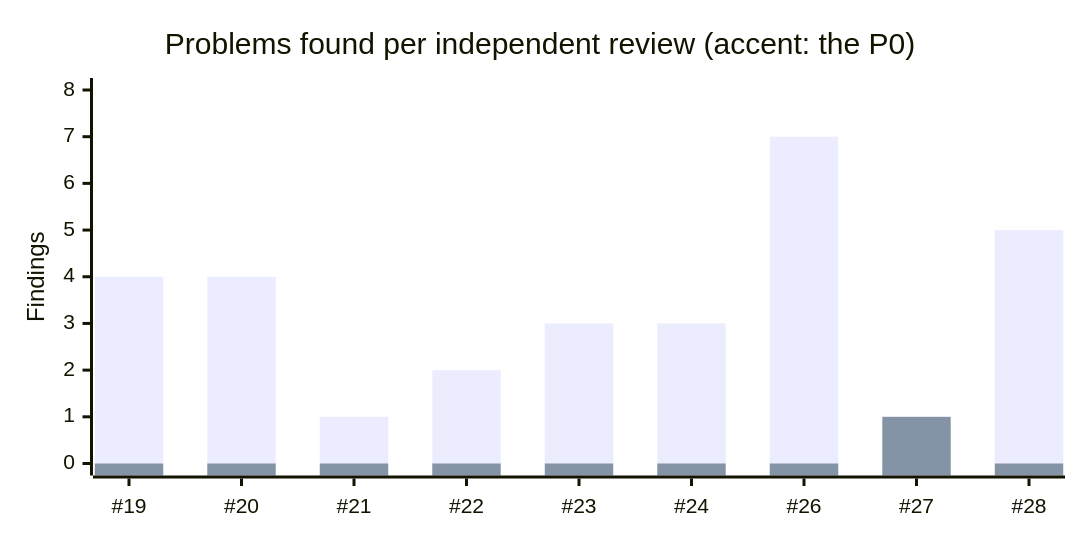
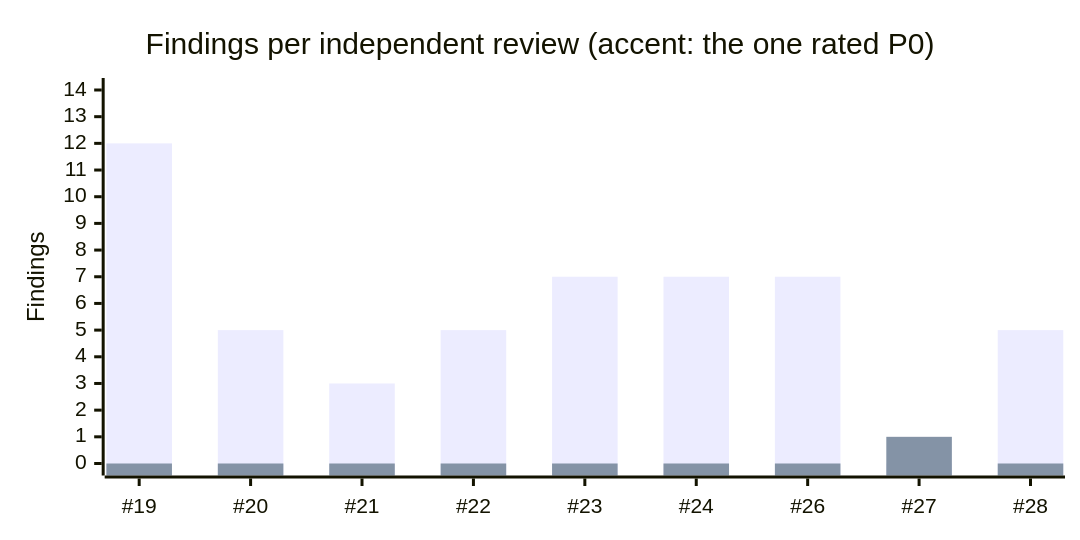
The fourth of 5 diagrams in apps/cms/src/bootstrap/articles/15-the-bot-who-asked-too-much.md (WhyThatFunction/ssegning-com), drawn with Mermaid before and after one commit. The commit also changed other lines of this file and 1 other file, not shown here.

````diff
--- a/apps/cms/src/bootstrap/articles/15-the-bot-who-asked-too-much.md
+++ b/apps/cms/src/bootstrap/articles/15-the-bot-who-asked-too-much.md
@@ -118,13 +120,13 @@
 ```mermaid
 ---
 config:
   xyChart:
     height: 340
 ---
 xychart-beta
-    title "Problems found per independent review (accent: the P0)"
+    title "Findings per independent review (accent: the one rated P0)"
     x-axis ["#19", "#20", "#21", "#22", "#23", "#24", "#26", "#27", "#28"]
-    y-axis "Findings" 0 --> 8
-    bar [4, 4, 1, 2, 3, 3, 7, 0, 5]
+    y-axis "Findings" 0 --> 14
+    bar [12, 5, 3, 5, 7, 7, 7, 0, 5]
     bar [0, 0, 0, 0, 0, 0, 0, 1, 0]
 ```
````
